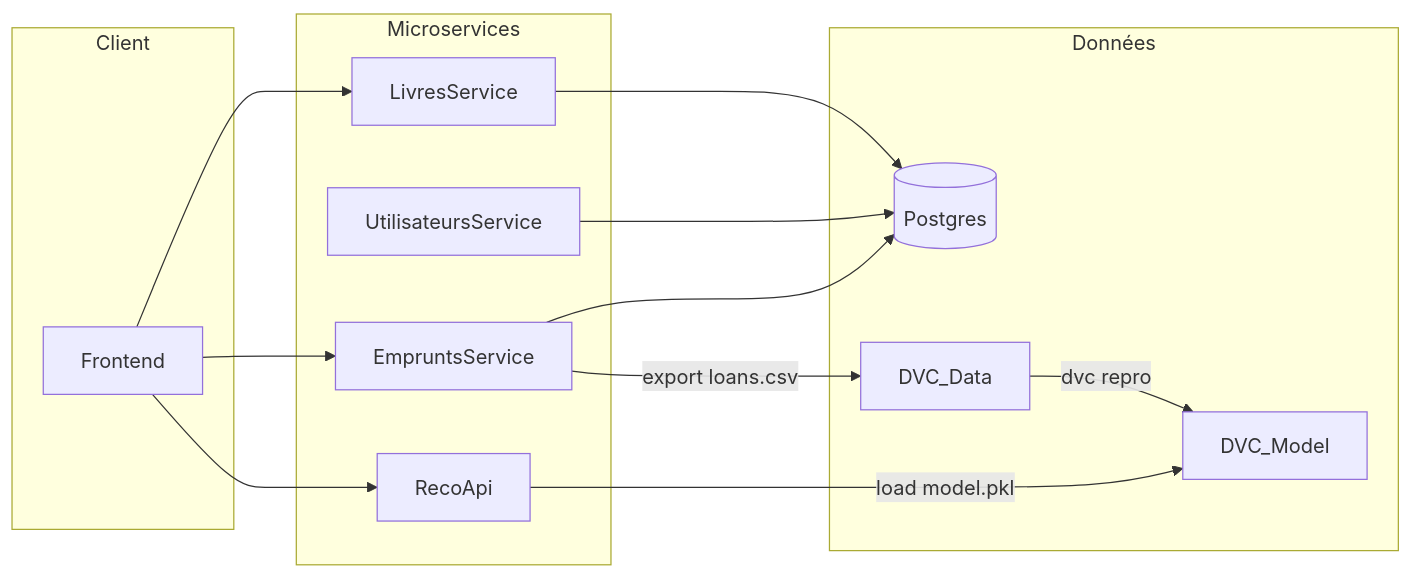
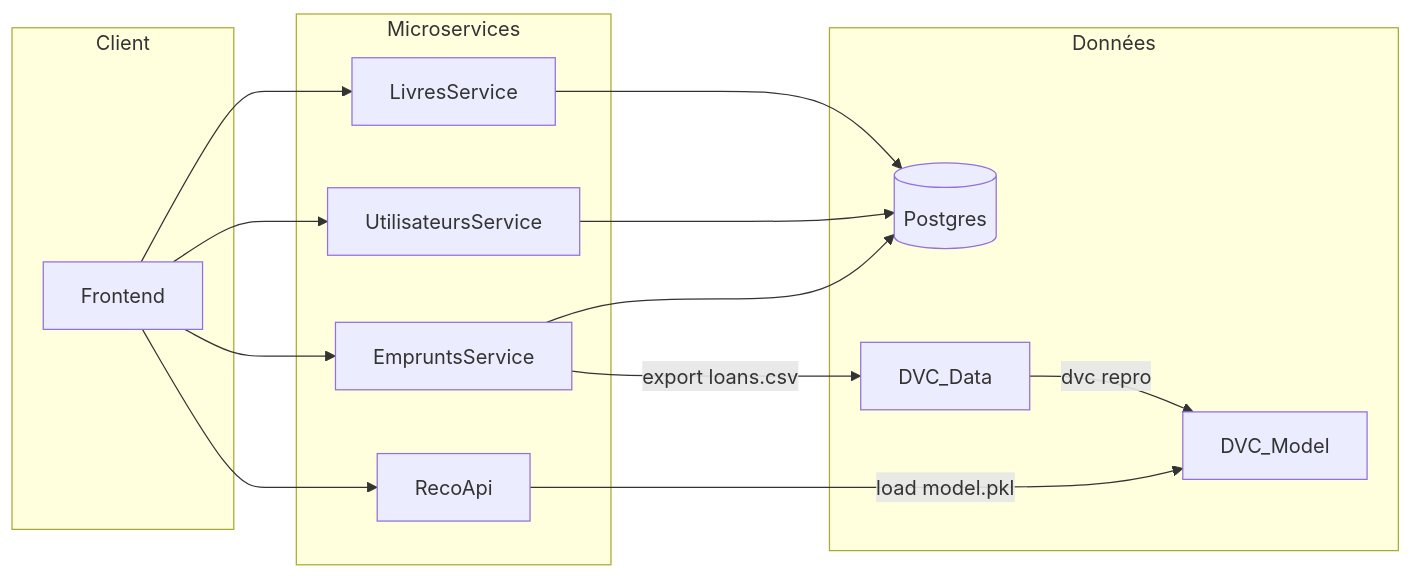
One commit to Eudes-Baniek/Examen_Outils_Vers changed the diagram in docs/architecture.md. Above: the diagram before and after it, drawn with Mermaid. The commit also changed 488 other files, not shown here.

````diff
--- a/docs/architecture.md
+++ b/docs/architecture.md
@@ -5,31 +5,32 @@
 ```mermaid
 flowchart LR
   subgraph client [Client]
     Frontend[Frontend]
   end
 
   subgraph services [Microservices]
     LivresService[LivresService]
     UtilisateursService[UtilisateursService]
     EmpruntsService[EmpruntsService]
     RecoApi[RecoApi]
   end
 
   subgraph dataLayer [Données]
     Postgres[(Postgres)]
     DvcData[DVC_Data]
     DvcModel[DVC_Model]
   end
 
   Frontend --> LivresService
   Frontend --> EmpruntsService
   Frontend --> RecoApi
+  Frontend --> UtilisateursService
 
   LivresService --> Postgres
   UtilisateursService --> Postgres
   EmpruntsService --> Postgres
 
   EmpruntsService -->|"export loans.csv"| DvcData
   DvcData -->|"dvc repro"| DvcModel
   RecoApi -->|"load model.pkl"| DvcModel
 ```
````
